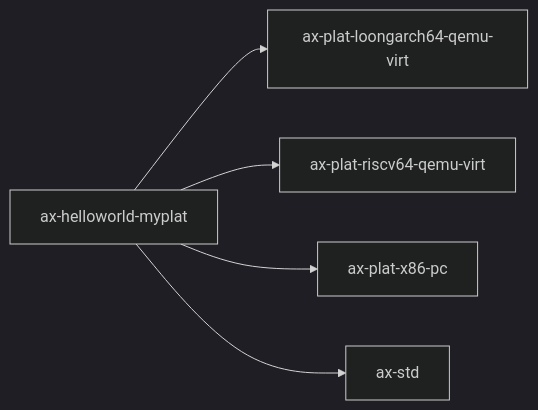
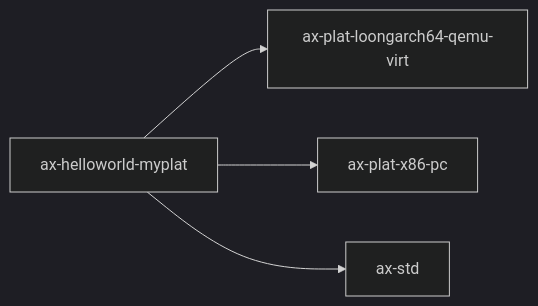
The diagram in docs/docs/components/crates/ax-helloworld-myplat.md (rcore-os/tgoskits), drawn with Mermaid (dark theme) before and after one commit. The commit also changed other lines of this file and 85 other files, not shown here.

Commit message:
chore(platform): remove static riscv64 qemu virt

````diff
--- a/docs/docs/components/crates/ax-helloworld-myplat.md
+++ b/docs/docs/components/crates/ax-helloworld-myplat.md
@@ -31,8 +31,7 @@
 ```mermaid
 graph LR
     current["ax-helloworld-myplat"]
     current --> ax_plat_loongarch64_qemu_virt["ax-plat-loongarch64-qemu-virt"]
-    current --> ax_plat_riscv64_qemu_virt["ax-plat-riscv64-qemu-virt"]
     current --> ax_plat_x86_pc["ax-plat-x86-pc"]
     current --> ax-std["ax-std"]
 ```
````
